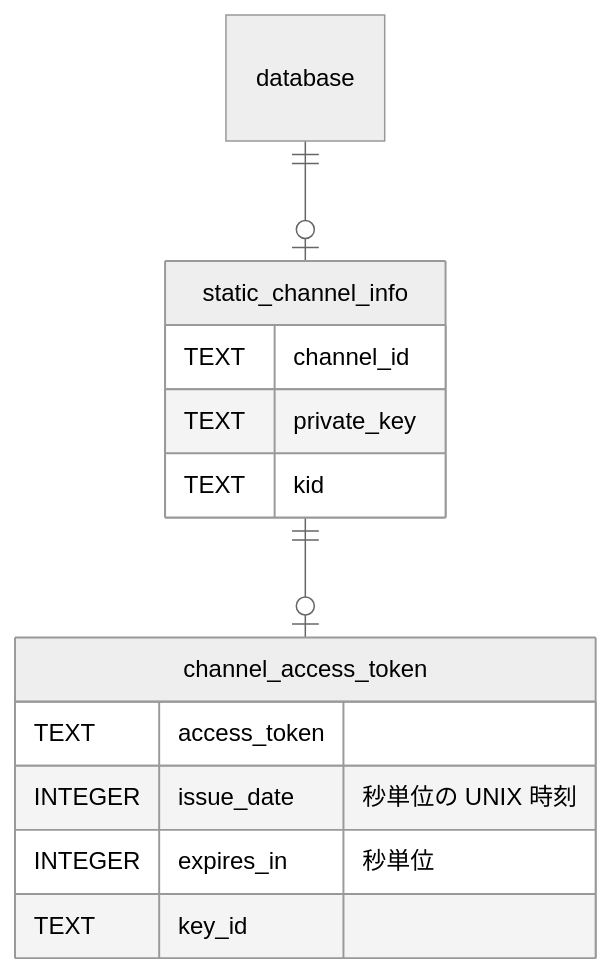
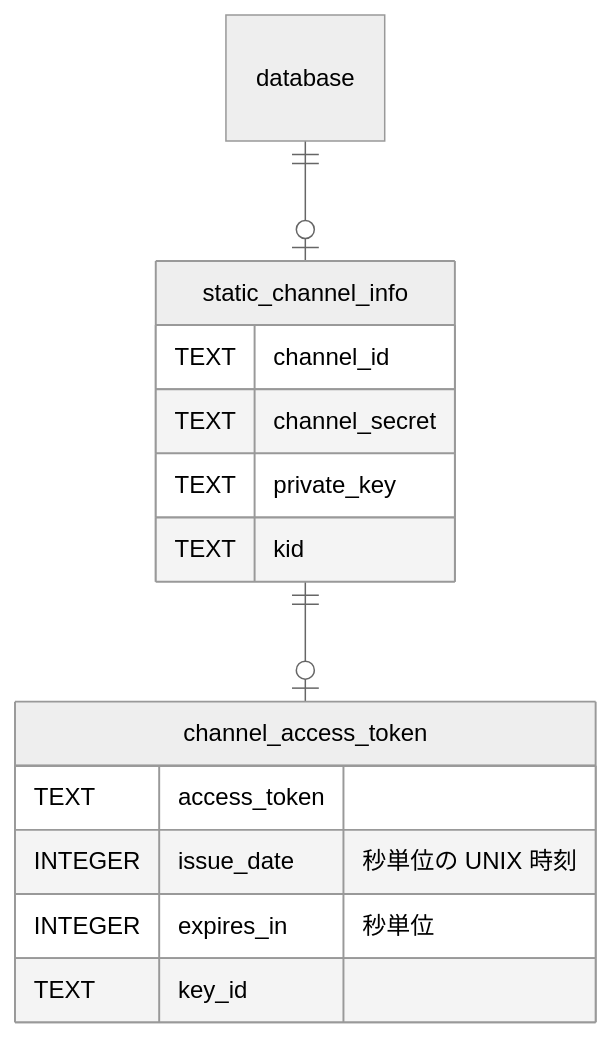
The diagram in common/README.md (takejohn/multifunctional-line-bot), drawn with Mermaid (neutral theme) before and after one commit. The commit also changed 3 other files, not shown here.

````diff
--- a/common/README.md
+++ b/common/README.md
@@ -5,19 +5,20 @@
 ```mermaid
 erDiagram
 
 database ||--o| static_channel_info : ""
 static_channel_info ||--o| channel_access_token : ""
 
 static_channel_info {
     TEXT channel_id
+    TEXT channel_secret
     TEXT private_key
     TEXT kid
 }
 
 channel_access_token {
     TEXT access_token
     INTEGER issue_date "秒単位の UNIX 時刻"
     INTEGER expires_in "秒単位"
     TEXT key_id
 }
 ```
````
